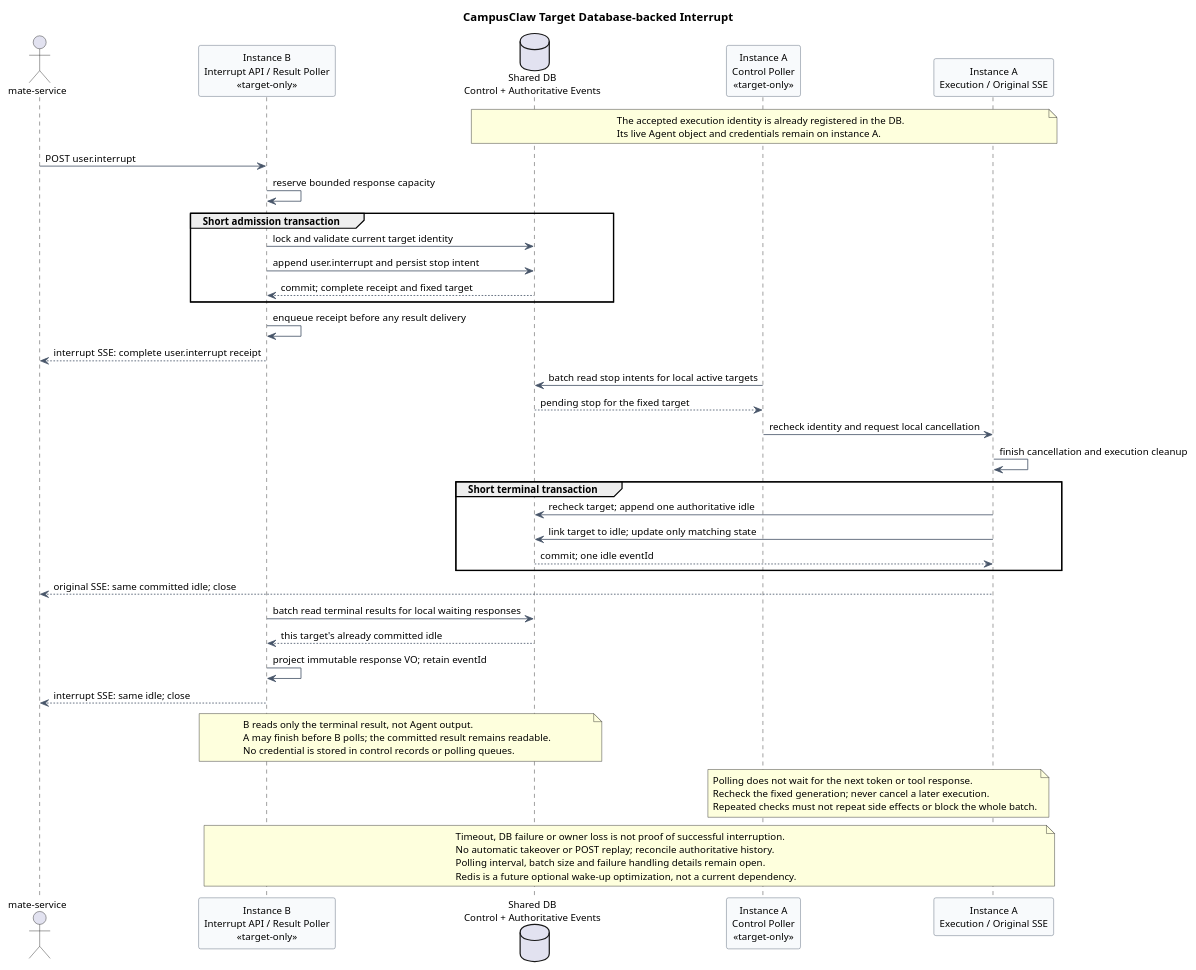
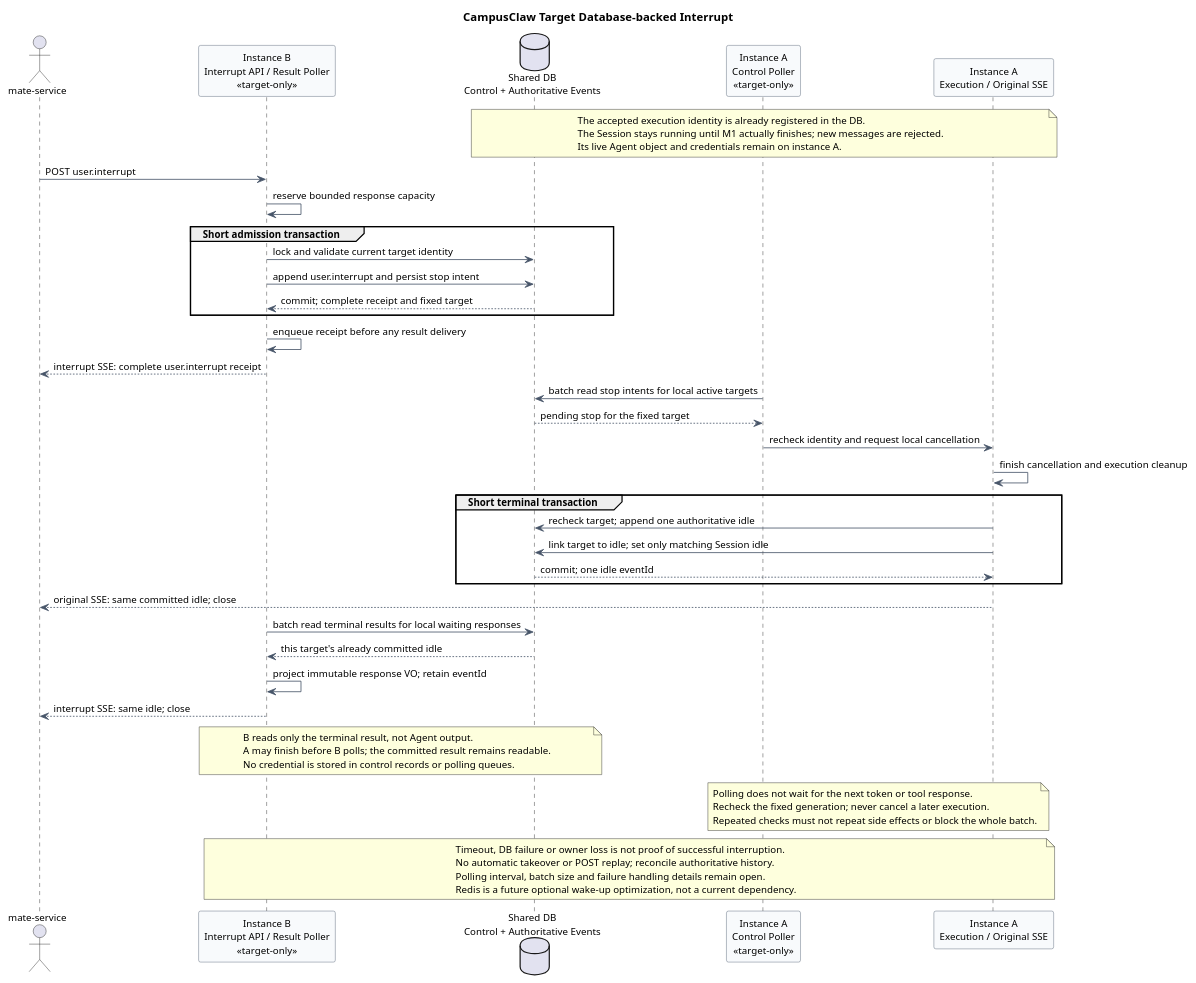
One commit to ssm0808/pi-mono-java-design changed the fourth of 5 diagrams in 01-总体架构/01-CampusClaw多Agent运行时/设计图/事件接口重设计/diagram.puml. Above: the diagram before and after it, drawn with PlantUML. The commit also changed other lines of this file and 14 other files, not shown here.

```diff
--- a/01-总体架构/01-CampusClaw多Agent运行时/设计图/事件接口重设计/diagram.puml
+++ b/01-总体架构/01-CampusClaw多Agent运行时/设计图/事件接口重设计/diagram.puml
@@ -284,75 +303,76 @@
 @startuml target_database_interrupt_delivery
 title CampusClaw Target Database-backed Interrupt
 ' Source evidence: pi-mono-java 918005ee8ccc88d179fc31a0de17a92b4a01383b.
 ' campusclaw/src/main/java/com/huawei/hicampus/claw/codingagent/runtimeapi/runtime/RuntimeActiveExecution.java,
 ' requestAbort/complete: in-memory cancellation and completion only.
 ' campusclaw/src/main/java/com/huawei/hicampus/claw/codingagent/runtimeapi/runtime/RuntimeSessionEngineRegistry.java,
 ' register/find: active executions live inside one process.
 ' campusclaw/src/main/java/com/huawei/hicampus/claw/codingagent/runtimeapi/persistence/MyBatisRuntimeSessionRepository.java,
 ' acceptUserEvent/finishExecution: current message acceptance and Session state updates.
 ' Observed behavior: current Java has no durable cross-instance interrupt handoff.
 ' Confirmed target architecture: DB stop intent and per-instance batch polling.
 ' Design reason: accept on any instance without sticky routing or remote Java references.
 ' Schema, interval, race response details and crash recovery remain under review.
 skinparam backgroundColor #FFFFFF
 skinparam shadowing false
 skinparam defaultFontName Arial
 skinparam defaultFontSize 12
 skinparam sequence {
   ParticipantBackgroundColor #F8FAFC
   ParticipantBorderColor #475569
   ArrowColor #475569
 }
 actor "mate-service" as Client
 participant "Instance B\nInterrupt API / Result Poller\n<<target-only>>" as B
 database "Shared DB\nControl + Authoritative Events" as DB
 participant "Instance A\nControl Poller\n<<target-only>>" as Poller
 participant "Instance A\nExecution / Original SSE" as A
 
 note over DB,A
 The accepted execution identity is already registered in the DB.
+The Session stays running until M1 actually finishes; new messages are rejected.
 Its live Agent object and credentials remain on instance A.
 end note
 Client -> B : POST user.interrupt
 B -> B : reserve bounded response capacity
 group Short admission transaction
   B -> DB : lock and validate current target identity
   B -> DB : append user.interrupt and persist stop intent
   DB --> B : commit; complete receipt and fixed target
 end
 B -> B : enqueue receipt before any result delivery
 B --> Client : interrupt SSE: complete user.interrupt receipt
 
 Poller -> DB : batch read stop intents for local active targets
 DB --> Poller : pending stop for the fixed target
 Poller -> A : recheck identity and request local cancellation
 A -> A : finish cancellation and execution cleanup
 group Short terminal transaction
   A -> DB : recheck target; append one authoritative idle
-  A -> DB : link target to idle; update only matching state
+  A -> DB : link target to idle; set only matching Session idle
   DB --> A : commit; one idle eventId
 end
 A --> Client : original SSE: same committed idle; close
 
 B -> DB : batch read terminal results for local waiting responses
 DB --> B : this target's already committed idle
 B -> B : project immutable response VO; retain eventId
 B --> Client : interrupt SSE: same idle; close
 
 note over B,DB
 B reads only the terminal result, not Agent output.
 A may finish before B polls; the committed result remains readable.
 No credential is stored in control records or polling queues.
 end note
 note over Poller,A
 Polling does not wait for the next token or tool response.
 Recheck the fixed generation; never cancel a later execution.
 Repeated checks must not repeat side effects or block the whole batch.
 end note
 note over B,A
 Timeout, DB failure or owner loss is not proof of successful interruption.
 No automatic takeover or POST replay; reconcile authoritative history.
 Polling interval, batch size and failure handling details remain open.
 Redis is a future optional wake-up optimization, not a current dependency.
 end note
 @enduml
```
